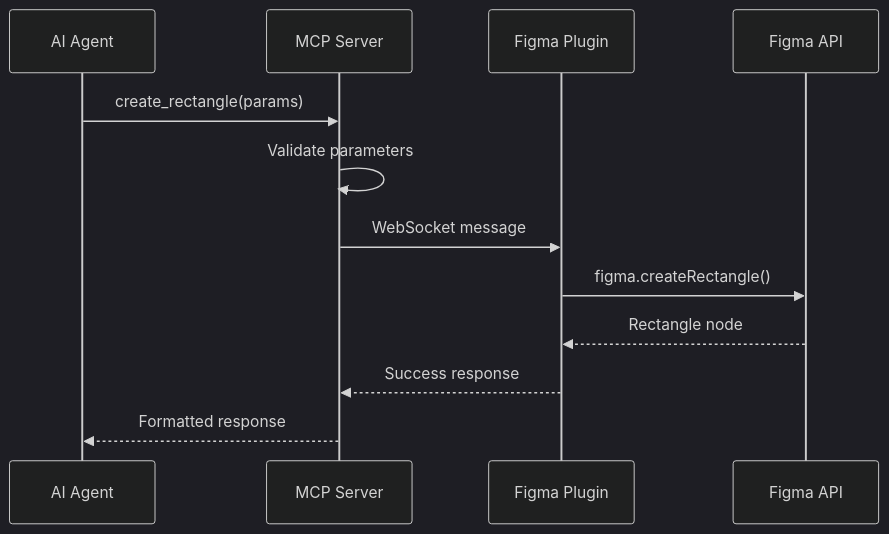
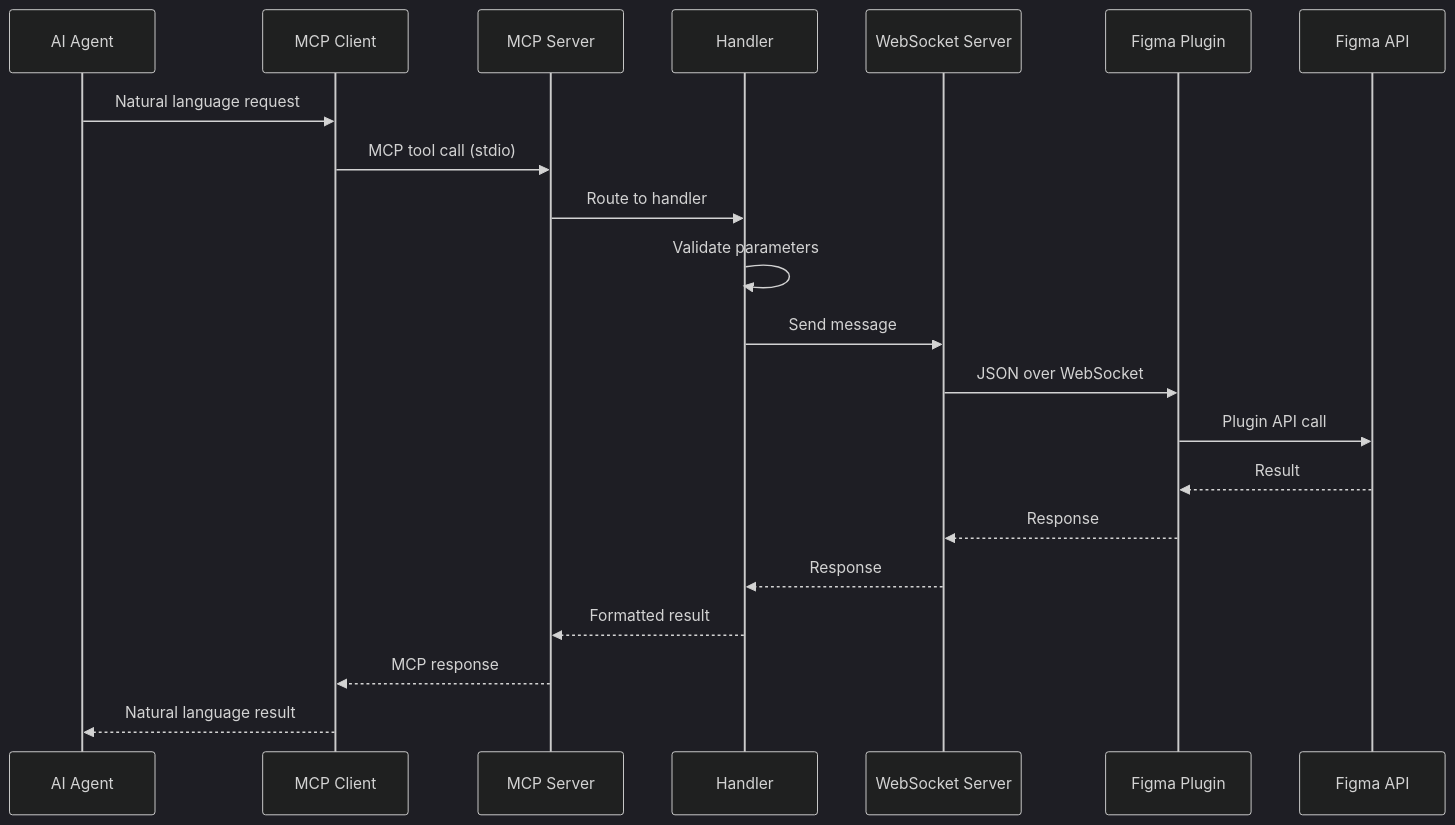
One commit to oO/figma-mcp-write-server changed the second of 2 diagrams in DEVELOPMENT.md. Above: the diagram before and after it, drawn with Mermaid (dark theme). The commit also changed other lines of this file and 34 other files, not shown here.

First line of the commit message:
refactor: modular architecture and Figma compatibility fixes

````diff
--- a/DEVELOPMENT.md
+++ b/DEVELOPMENT.md
@@ -86,15 +321,24 @@
 ```mermaid
 sequenceDiagram
     participant AI as AI Agent
-    participant MCP as MCP Server
+    participant MCP as MCP Client
+    participant Server as MCP Server
+    participant Handler as Handler
+    participant WS as WebSocket Server
     participant Plugin as Figma Plugin
     participant Figma as Figma API
 
-    AI->>MCP: create_rectangle(params)
-    MCP->>MCP: Validate parameters
-    MCP->>Plugin: WebSocket message
-    Plugin->>Figma: figma.createRectangle()
-    Figma-->>Plugin: Rectangle node
-    Plugin-->>MCP: Success response
-    MCP-->>AI: Formatted response
+    AI->>MCP: Natural language request
+    MCP->>Server: MCP tool call (stdio)
+    Server->>Handler: Route to handler
+    Handler->>Handler: Validate parameters
+    Handler->>WS: Send message
+    WS->>Plugin: JSON over WebSocket
+    Plugin->>Figma: Plugin API call
+    Figma-->>Plugin: Result
+    Plugin-->>WS: Response
+    WS-->>Handler: Response
+    Handler-->>Server: Formatted result
+    Server-->>MCP: MCP response
+    MCP-->>AI: Natural language result
 ```
````
